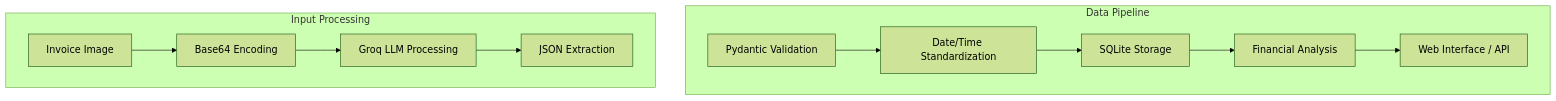
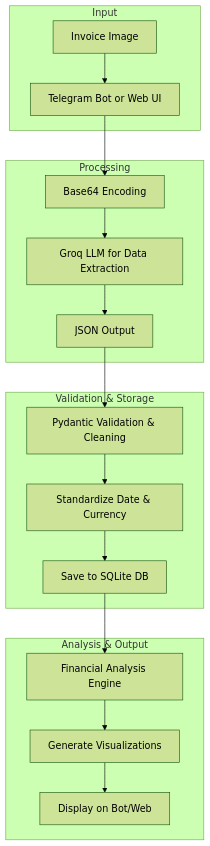
Before and after one commit to daruoktab/hackathon: the diagram in README.md, drawn with Mermaid (forest theme). The commit also changed other lines of this file, not shown here.

Commit message:
docs: update README with Telegram bot features

````diff
--- a/README.md
+++ b/README.md
@@ -174,9 +161,15 @@
 ```mermaid
 graph TD
-    subgraph "Data Pipeline"
-        E[Pydantic Validation] --> F[Date/Time Standardization] --> G[SQLite Storage] --> H[Financial Analysis] --> I[Web Interface / API]
+    subgraph "Input"
+        A[Invoice Image] --> B[Telegram Bot or Web UI]
     end
-    subgraph "Input Processing"
-        A[Invoice Image] --> B[Base64 Encoding] --> C[Groq LLM Processing] --> D[JSON Extraction]
+    subgraph "Processing"
+        B --> C[Base64 Encoding] --> D[Groq LLM for Data Extraction] --> E[JSON Output]
+    end
+    subgraph "Validation & Storage"
+        E --> F[Pydantic Validation & Cleaning] --> G[Standardize Date & Currency] --> H[Save to SQLite DB]
+    end
+    subgraph "Analysis & Output"
+        H --> I[Financial Analysis Engine] --> J[Generate Visualizations] --> K[Display on Bot/Web]
     end
 ```
````
